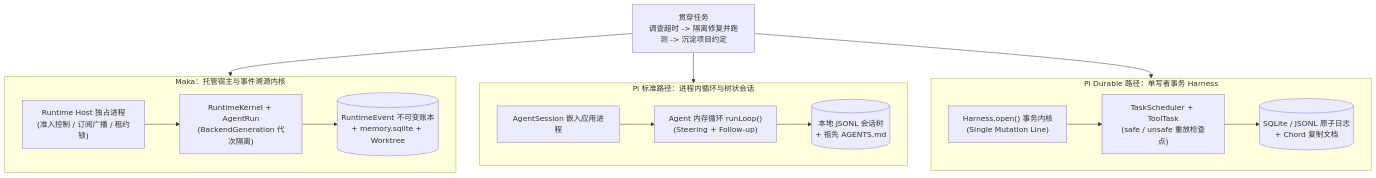
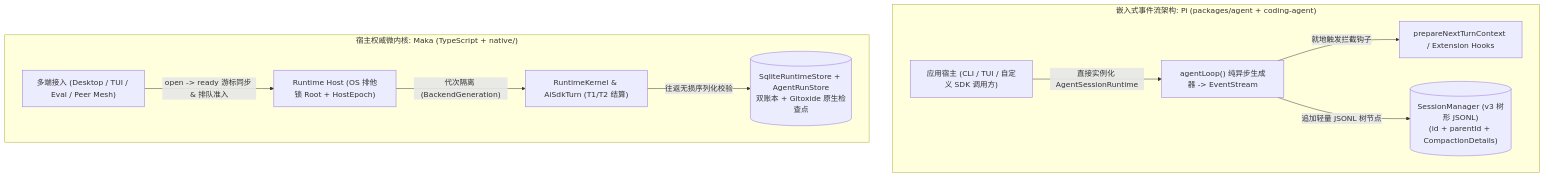
Before and after one commit to suger-m/agent-infrastructure-docs: the diagram in maka-agent-infra/07-comparison/overview.md, drawn with Mermaid. The commit also changed other lines of this file and 33 other files, not shown here.

Commit message:
docs(ts): overhaul all 32 TS architecture chapters in razor-sharp microkernel style & polish Rust foundations

````diff
--- a/maka-agent-infra/07-comparison/overview.md
+++ b/maka-agent-infra/07-comparison/overview.md
@@ -21,23 +17,14 @@
 ```mermaid
 flowchart TB
-    Task["贯穿任务<br/>调查超时 -> 隔离修复并跑测 -> 沉淀项目约定"]
-
-    subgraph MakaArch["Maka：托管宿主与事件溯源内核"]
-        MH["Runtime Host 独占进程<br/>(准入控制 / 订阅广播 / 租约锁)"] --> MK["RuntimeKernel + AgentRun<br/>(BackendGeneration 代次隔离)"]
-        MK --> ME[("RuntimeEvent 不可变账本<br/>+ memory.sqlite + Worktree")]
+    subgraph PiModel["嵌入式事件流架构: Pi (packages/agent + coding-agent)"]
+        PApp["应用宿主 (CLI / TUI / 自定义 SDK 调用方)"] -->|"直接实例化 AgentSessionRuntime"| PLoop["agentLoop() 纯异步生成器 -> EventStream"]
+        PLoop -->|"就地触发拦截钩子"| PHooks["prepareNextTurnContext / Extension Hooks"]
+        PLoop -->|"追加轻量 JSONL 树节点"| PStore[("SessionManager (v3 树形 JSONL)<br/>(id + parentId + CompactionDetails)")]
     end
 
-    subgraph PiStdArch["Pi 标准路径：进程内循环与树状会话"]
-        PS["AgentSession 嵌入应用进程"] --> PA["Agent 内存循环 runLoop()<br/>(Steering + Follow-up)"]
-        PA --> PJ[("本地 JSONL 会话树<br/>+ 祖先 AGENTS.md")]
+    subgraph MakaModel["宿主权威微内核: Maka (TypeScript + native/)"]
+        MClient["多端接入 (Desktop / TUI / Eval / Peer Mesh)"] -->|"open -> ready 游标同步 & 排队准入"| MHost["Runtime Host (OS 排他锁 Root + HostEpoch)"]
+        MHost -->|"代次隔离 (BackendGeneration)"| MKernel["RuntimeKernel & AiSdkTurn (T1/T2 结算)"]
+        MKernel -->|"往返无损序列化校验"| MStore[("SqliteRuntimeStore + AgentRunStore<br/>双账本 + Gitoxide 原生检查点")]
     end
-
-    subgraph PiDurArch["Pi Durable 路径：单写者事务 Harness"]
-        PD["Harness.open() 事务内核<br/>(Single Mutation Line)"] --> PT["TaskScheduler + ToolTask<br/>(safe / unsafe 重放检查点)"]
-        PT --> PSQ[("SQLite / JSONL 原子日志<br/>+ Chord 复制文档")]
-    end
-
-    Task --> MakaArch
-    Task --> PiStdArch
-    Task --> PiDurArch
 ```
````
